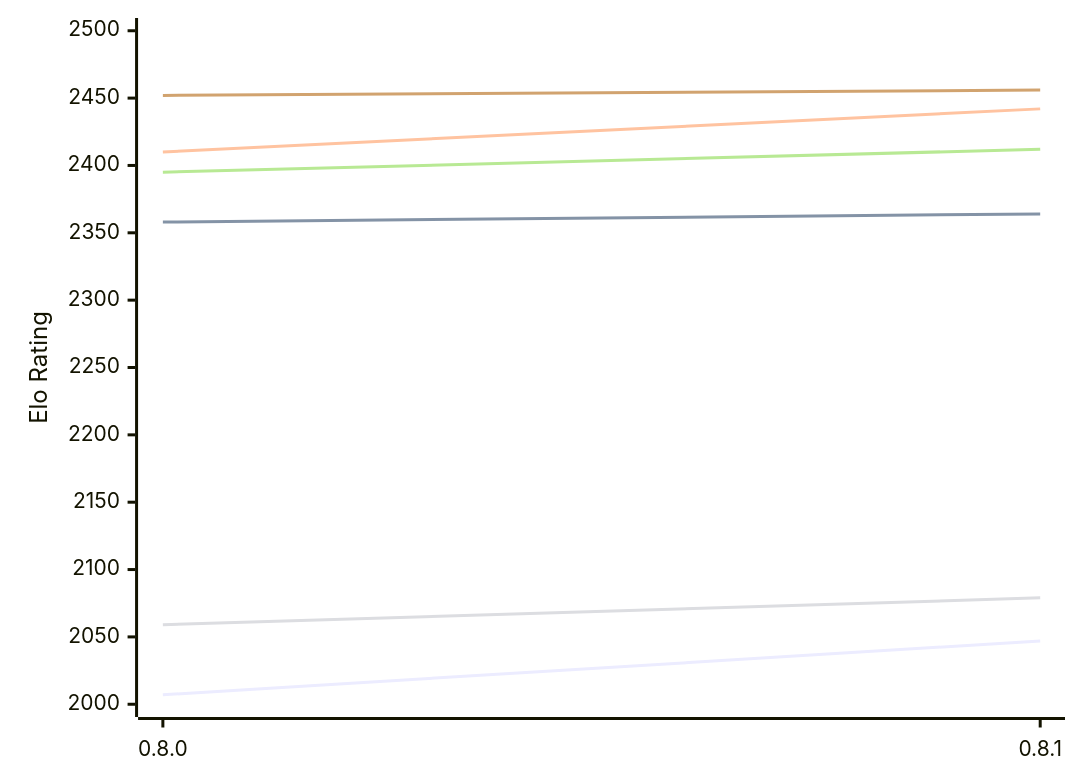
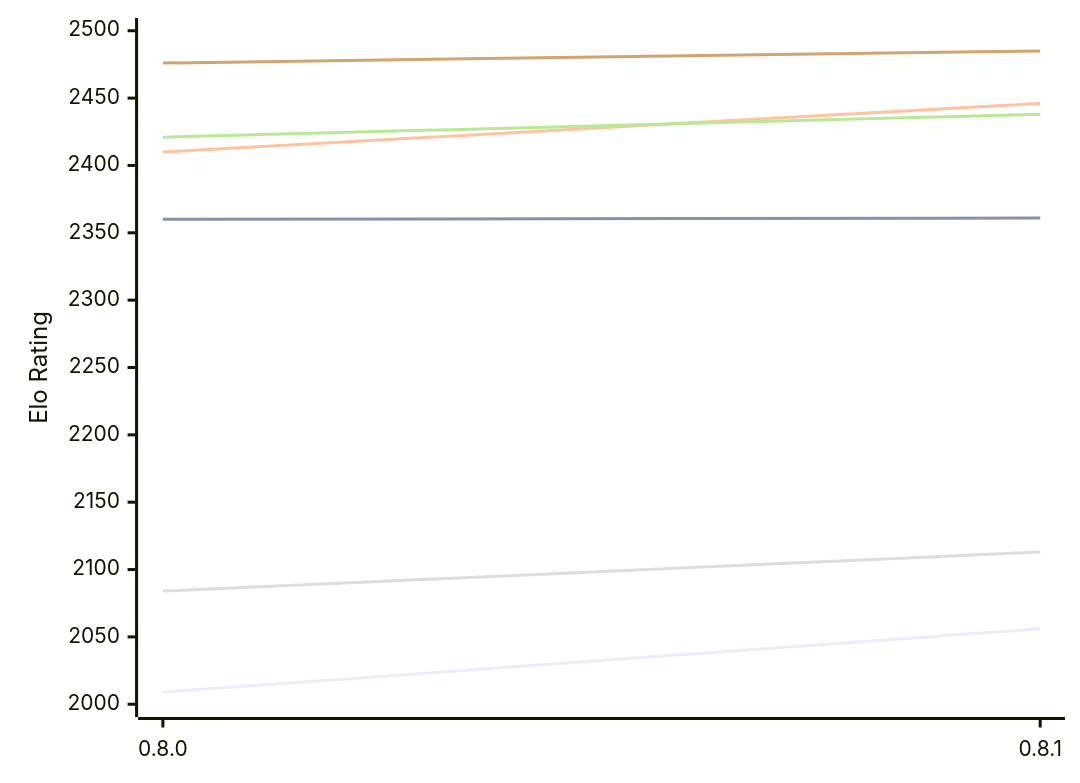
One commit to computer-chess-index/cci changed the diagram in engines/LittleWing.md. Above: the diagram before and after it, drawn with Mermaid. The commit also changed other lines of this file, not shown here.

Commit message:
Update CCI Ratings (ELO VLTC) - 2026-11-04

````diff
--- a/engines/LittleWing.md
+++ b/engines/LittleWing.md
@@ -49,12 +49,12 @@
 ```mermaid
 %%{init: {"theme":"base","themeVariables":{"seriesColors:['#a3a3a3','#222221','#faa371']}}}%%
 xychart-beta
   x-axis ["0.8.0", "0.8.1"]
   y-axis "Elo Rating" 2000 --> 2500
-  line "E1: STC (8.0+0.08s)" [2007, 2047]
-  line "E1: LTC (60.0+0.60s)" [2358, 2364]
-  line "E1: VLTC (2m24s+1.12s)" [2410, 2442]
-  line "P1: STC (8.0+0.08s)" [2059, 2079]
-  line "P1: LTC (60.0+0.60s)" [2395, 2412]
-  line "P1: VLTC (2m24s+1.12s)" [2452, 2456]
+  line "E1: STC (8.0+0.08s)" [2009, 2056]
+  line "E1: LTC (60.0+0.60s)" [2360, 2361]
+  line "E1: VLTC (2m24s+1.12s)" [2410, 2446]
+  line "P1: STC (8.0+0.08s)" [2084, 2113]
+  line "P1: LTC (60.0+0.60s)" [2421, 2438]
+  line "P1: VLTC (2m24s+1.12s)" [2476, 2485]
 ```
````
